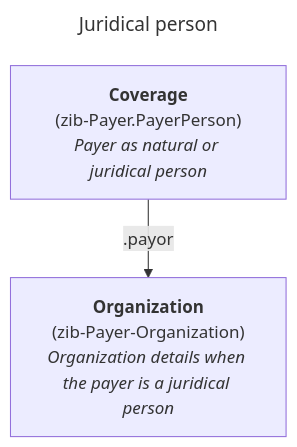
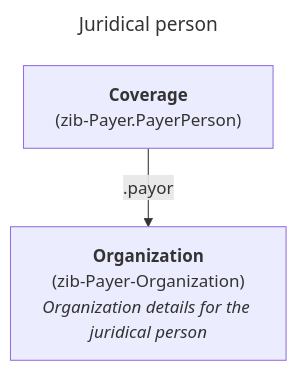
Before and after one commit to Nictiz/Nictiz-R4-zib2024: the fourth of 4 diagrams in documentation/Payer.md, drawn with Mermaid. The commit also changed other lines of this file, not shown here.

Commit message:
Tweak graphs

````diff
--- a/documentation/Payer.md
+++ b/documentation/Payer.md
@@ -79,13 +77,12 @@
 ```mermaid
 ---
 title: Juridical person
 ---
 flowchart TB
     zib-Payer.PayerPerson["`**Coverage**
-        (zib-Payer.PayerPerson)
-        _Payer as natural or juridical person_`"]
+        (zib-Payer.PayerPerson)`"]
     zib-Payer-Organization["`**Organization**
         (zib-Payer-Organization)
-        _Organization details when the payer is a juridical person_`"]
+        _Organization details for the juridical person_`"]
     zib-Payer.PayerPerson -- .payor --> zib-Payer-Organization
 ```
````
